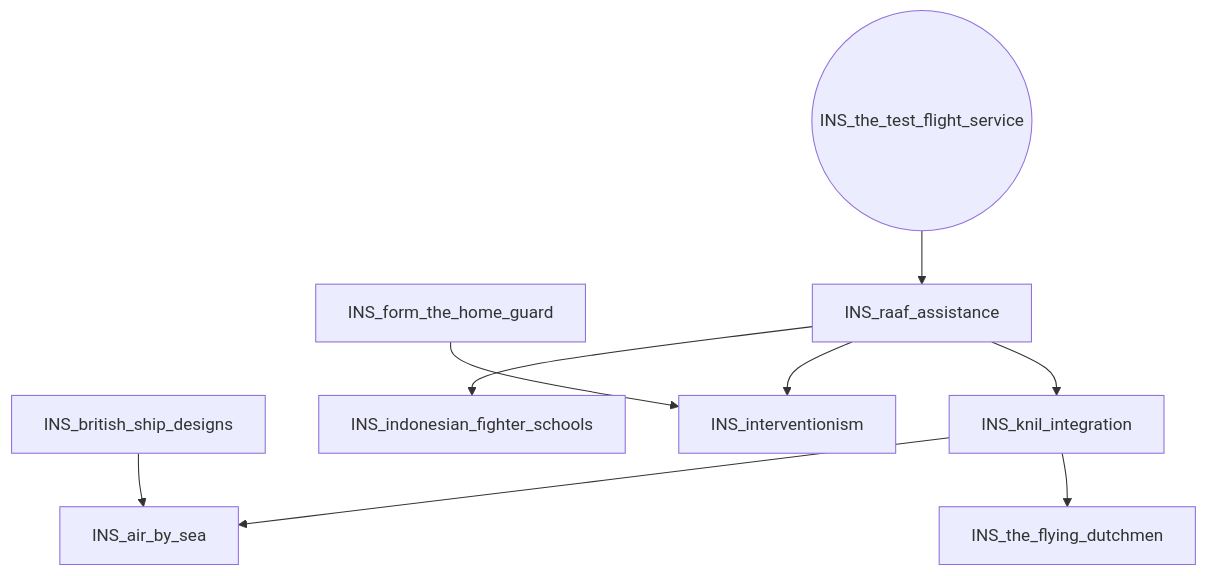
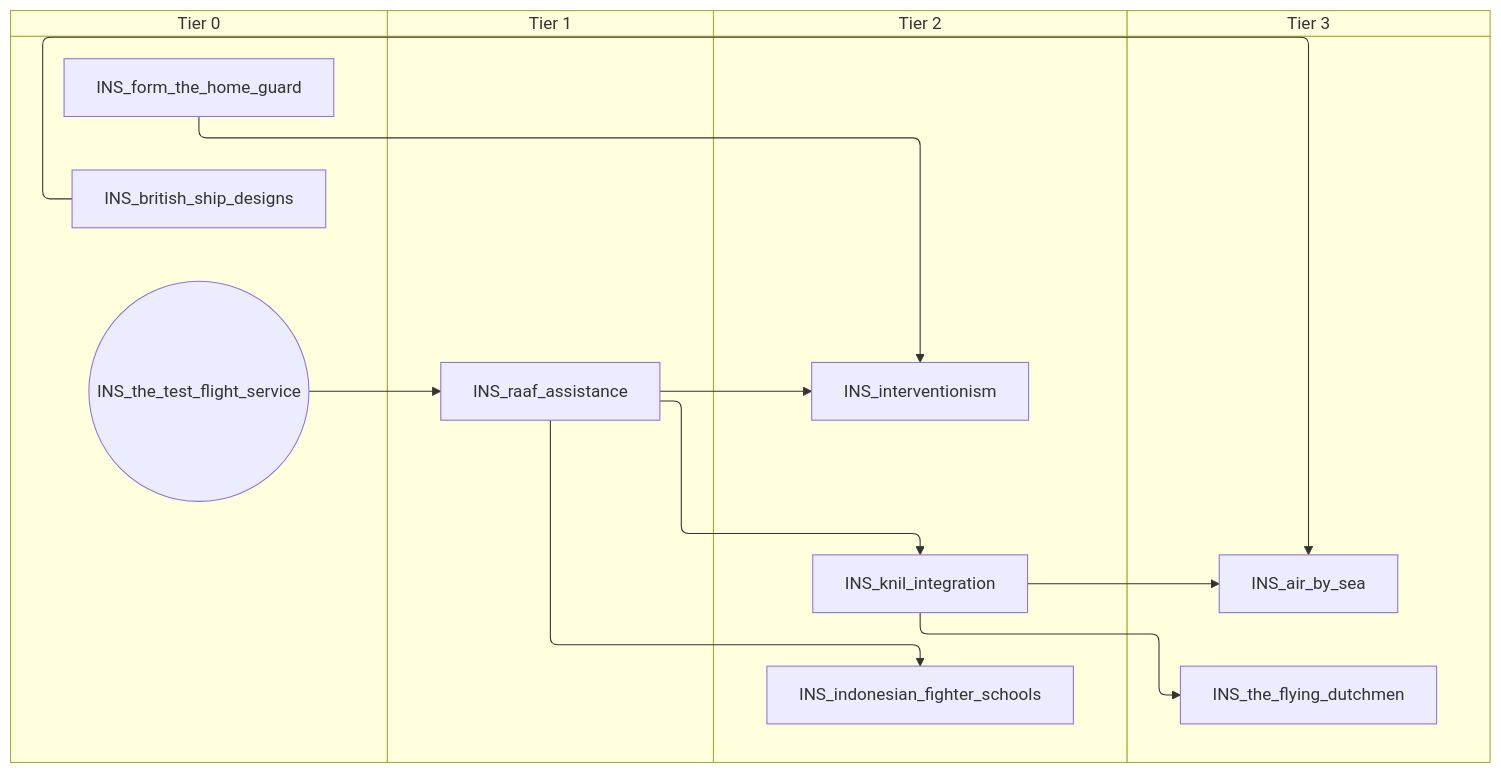
The sixth of 6 diagrams in docs/gdd/National Focuses/r56/r56_indonesia.md (evgeny-sobol/hoi4-sandbox-mode-r56), drawn with Mermaid before and after one commit. The commit also changed other lines of this file and 423 other files, not shown here.

First line of the commit message:
Re-export Rt56 focus trees as swimlane diagrams

````diff
--- a/docs/gdd/National Focuses/r56/r56_indonesia.md
+++ b/docs/gdd/National Focuses/r56/r56_indonesia.md
@@ -293,20 +365,28 @@
 ```mermaid
-flowchart TD
-    n75["INS_air_by_sea"]
-    n76["INS_british_ship_designs"]
-    n65["INS_form_the_home_guard"]
-    n86["INS_indonesian_fighter_schools"]
-    n67["INS_interventionism"]
-    n82["INS_knil_integration"]
-    n72["INS_raaf_assistance"]
-    n87["INS_the_flying_dutchmen"]
-    n88(("INS_the_test_flight_service"))
-    n82 --> n75
-    n76 --> n75
-    n72 --> n86
-    n65 --> n67
-    n72 --> n67
-    n72 --> n82
-    n88 --> n72
-    n82 --> n87
+swimlane-beta TD
+    subgraph tier_0["Tier 0"]
+        n81["INS_british_ship_designs"]
+        n63["INS_form_the_home_guard"]
+        n86(("INS_the_test_flight_service"))
+    end
+    subgraph tier_1["Tier 1"]
+        n62["INS_raaf_assistance"]
+    end
+    subgraph tier_2["Tier 2"]
+        n87["INS_indonesian_fighter_schools"]
+        n67["INS_interventionism"]
+        n74["INS_knil_integration"]
+    end
+    subgraph tier_3["Tier 3"]
+        n82["INS_air_by_sea"]
+        n88["INS_the_flying_dutchmen"]
+    end
+    n74 --> n82
+    n81 --> n82
+    n62 --> n87
+    n63 --> n67
+    n62 --> n67
+    n62 --> n74
+    n86 --> n62
+    n74 --> n88
 ```
````
